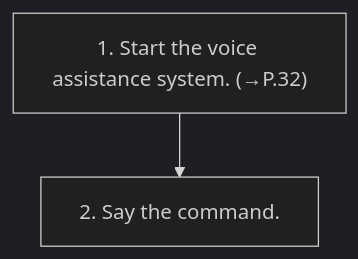
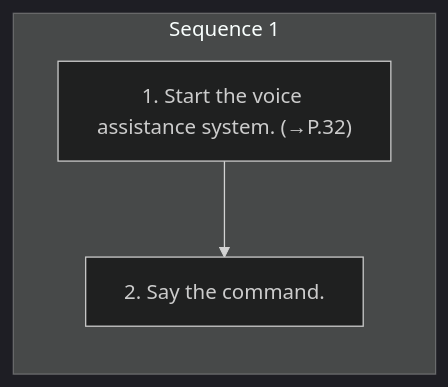
Before and after one commit to Chieko-Y/my-spec-generator: the diagram in workspace/subaru/outback-2026/ivi/published/basic-operation/21-voice-assistance-system-operation.md, drawn with Mermaid (dark theme). The commit also changed other lines of this file and 268 other files, not shown here.

````diff
--- a/workspace/subaru/outback-2026/ivi/published/basic-operation/21-voice-assistance-system-operation.md
+++ b/workspace/subaru/outback-2026/ivi/published/basic-operation/21-voice-assistance-system-operation.md
@@ -14,6 +14,9 @@
 ```mermaid
 flowchart TD
-    S1["1. Start the voice assistance system. (→P.32)"]
-    S2["2. Say the command."]
-    S1 --> S2
+    subgraph SEQ1["Sequence 1"]
+    direction TB
+    S1_1["1. Start the voice assistance system. (→P.32)"]
+    S1_2["2. Say the command."]
+    S1_1 --> S1_2
+    end
 ```
````
